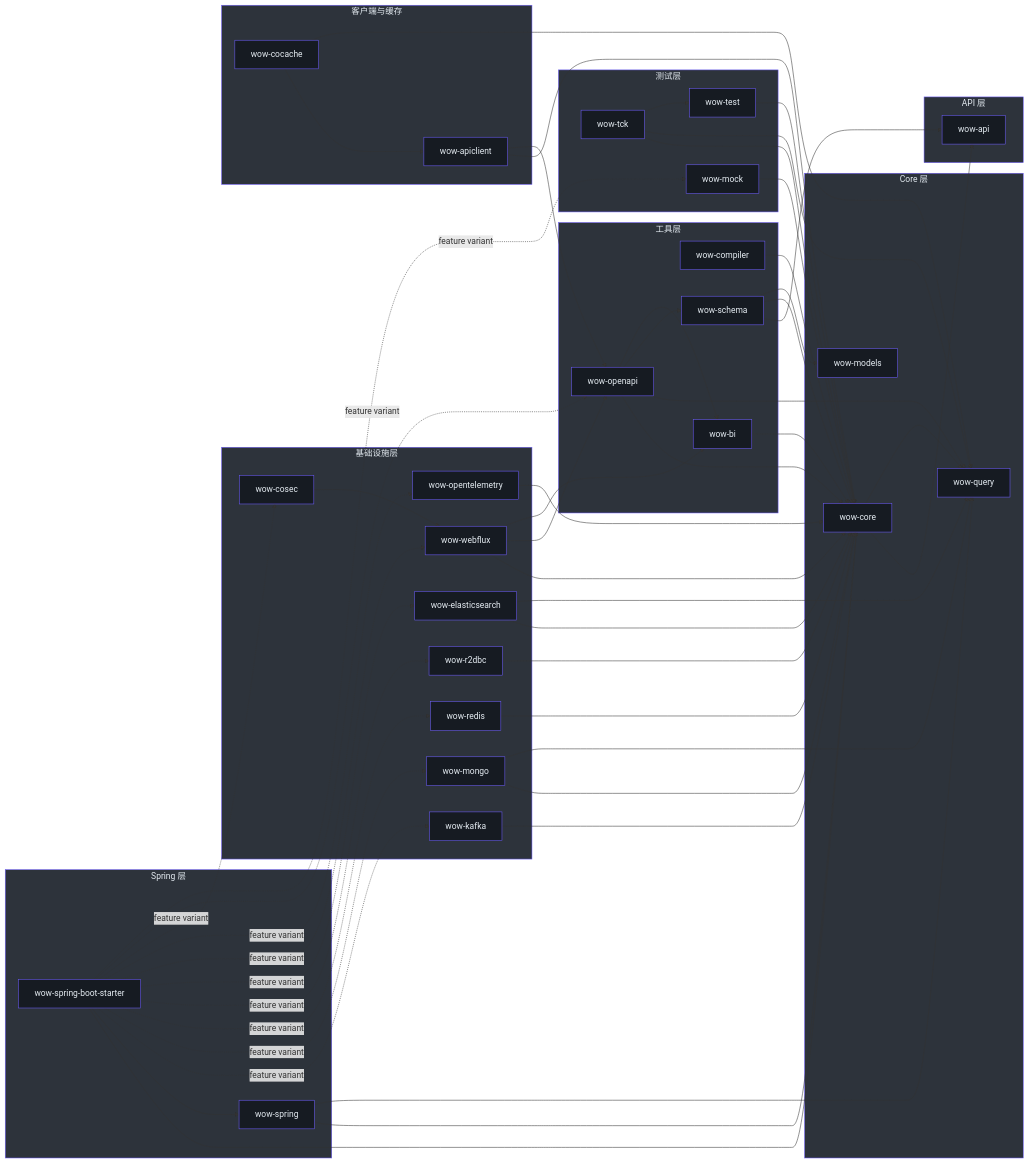
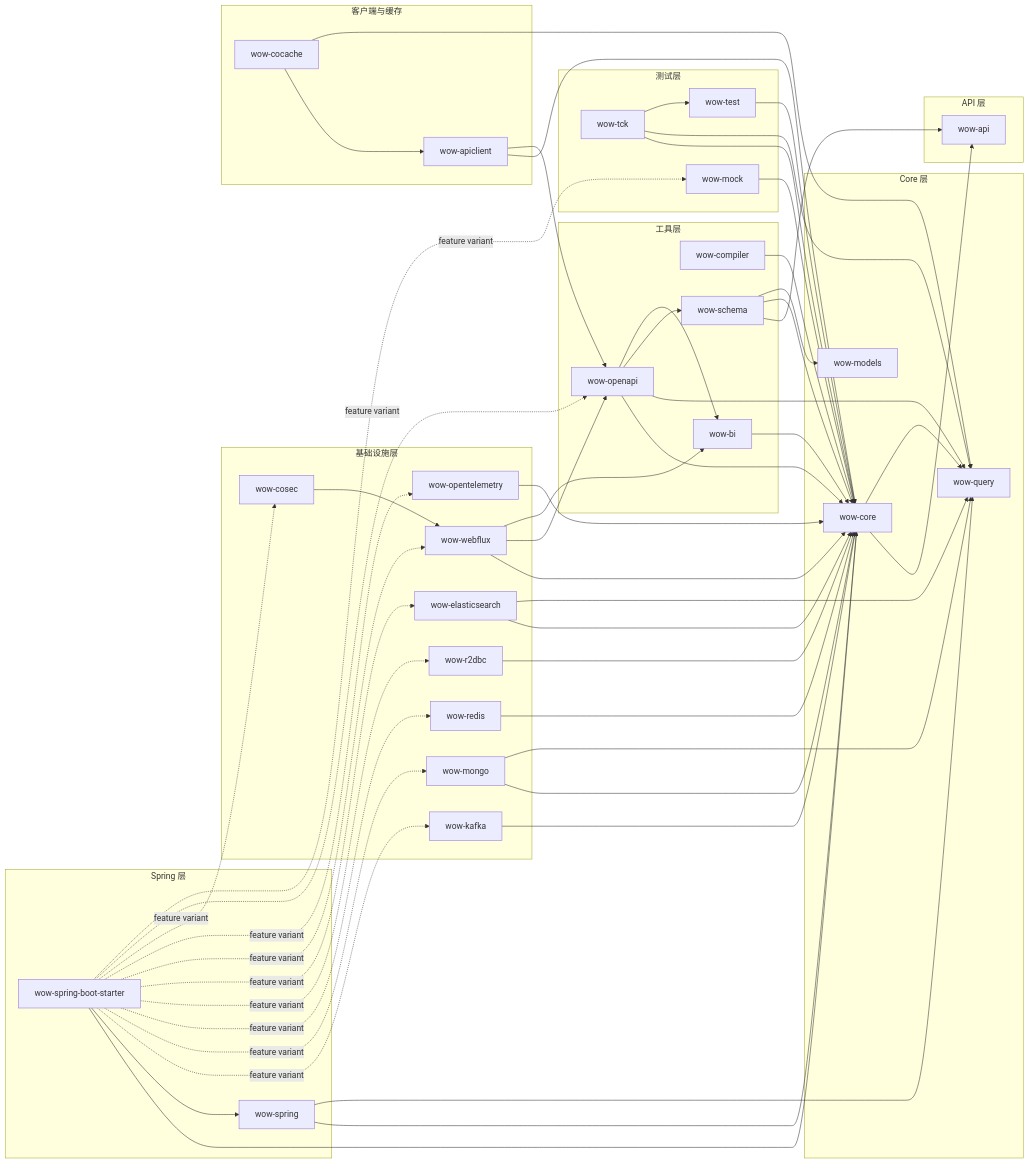
One commit to Ahoo-Wang/Wow changed the first of 3 diagrams in documentation/docs/zh/guide/advanced/module-dependencies.md. Above: the diagram before and after it, drawn with Mermaid. The commit also changed other lines of this file and 32 other files, not shown here.

Commit message:
docs: remove unsupported style/classDef directives from stateDiagram-v2 Mermaid blocks

````diff
--- a/documentation/docs/zh/guide/advanced/module-dependencies.md
+++ b/documentation/docs/zh/guide/advanced/module-dependencies.md
@@ -145,36 +145,6 @@
     wow_boot -.->|"feature variant"| wow_openapi
     wow_boot -.->|"feature variant"| wow_mock
 
-    style API fill:#2d333b,stroke:#6d5dfc,color:#e6edf3
-    style CORE fill:#2d333b,stroke:#6d5dfc,color:#e6edf3
-    style TOOLING fill:#2d333b,stroke:#6d5dfc,color:#e6edf3
-    style SPRING fill:#2d333b,stroke:#6d5dfc,color:#e6edf3
-    style INFRA fill:#2d333b,stroke:#6d5dfc,color:#e6edf3
-    style CLIENT fill:#2d333b,stroke:#6d5dfc,color:#e6edf3
-    style TESTING fill:#2d333b,stroke:#6d5dfc,color:#e6edf3
-    style wow_api fill:#161b22,stroke:#6d5dfc,color:#e6edf3
-    style wow_core fill:#161b22,stroke:#6d5dfc,color:#e6edf3
-    style wow_query fill:#161b22,stroke:#6d5dfc,color:#e6edf3
-    style wow_models fill:#161b22,stroke:#6d5dfc,color:#e6edf3
-    style wow_compiler fill:#161b22,stroke:#6d5dfc,color:#e6edf3
-    style wow_schema fill:#161b22,stroke:#6d5dfc,color:#e6edf3
-    style wow_openapi fill:#161b22,stroke:#6d5dfc,color:#e6edf3
-    style wow_bi fill:#161b22,stroke:#6d5dfc,color:#e6edf3
-    style wow_spring fill:#161b22,stroke:#6d5dfc,color:#e6edf3
-    style wow_boot fill:#161b22,stroke:#6d5dfc,color:#e6edf3
-    style wow_kafka fill:#161b22,stroke:#6d5dfc,color:#e6edf3
-    style wow_mongo fill:#161b22,stroke:#6d5dfc,color:#e6edf3
-    style wow_redis fill:#161b22,stroke:#6d5dfc,color:#e6edf3
-    style wow_r2dbc fill:#161b22,stroke:#6d5dfc,color:#e6edf3
-    style wow_es fill:#161b22,stroke:#6d5dfc,color:#e6edf3
-    style wow_webflux fill:#161b22,stroke:#6d5dfc,color:#e6edf3
-    style wow_otel fill:#161b22,stroke:#6d5dfc,color:#e6edf3
-    style wow_cosec fill:#161b22,stroke:#6d5dfc,color:#e6edf3
-    style wow_apiclient fill:#161b22,stroke:#6d5dfc,color:#e6edf3
-    style wow_cocache fill:#161b22,stroke:#6d5dfc,color:#e6edf3
-    style wow_test fill:#161b22,stroke:#6d5dfc,color:#e6edf3
-    style wow_tck fill:#161b22,stroke:#6d5dfc,color:#e6edf3
-    style wow_mock fill:#161b22,stroke:#6d5dfc,color:#e6edf3
 
 
 ```
````
